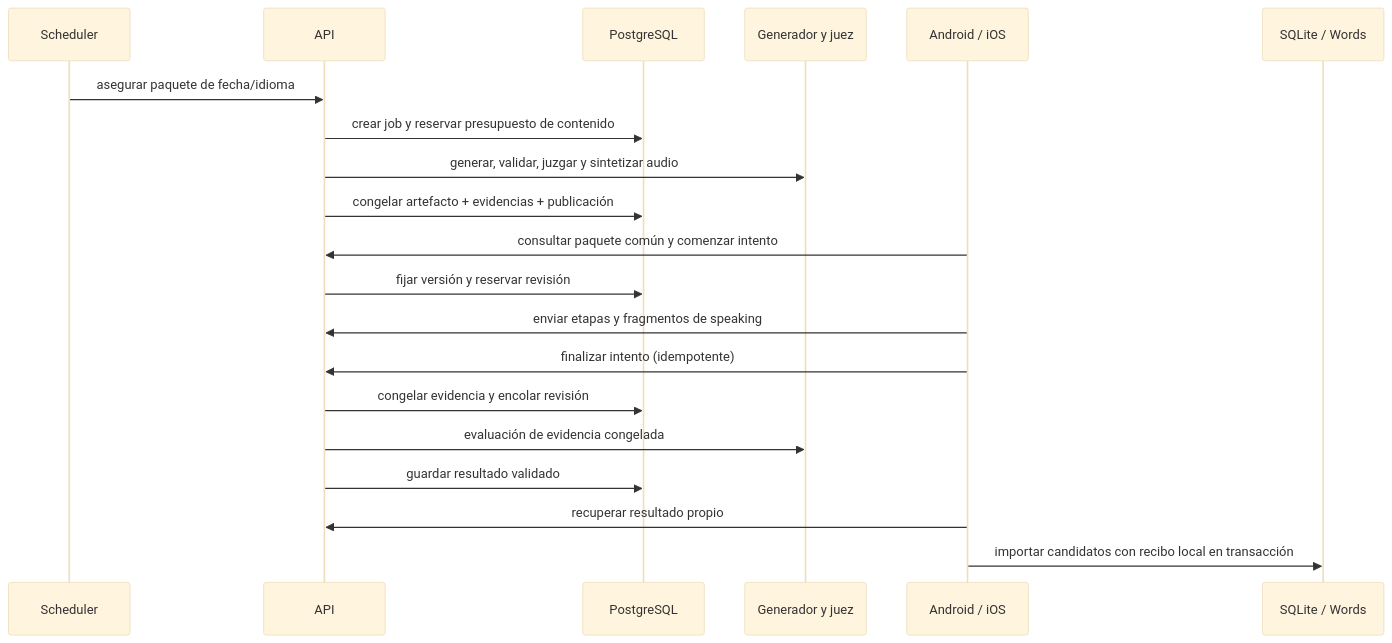
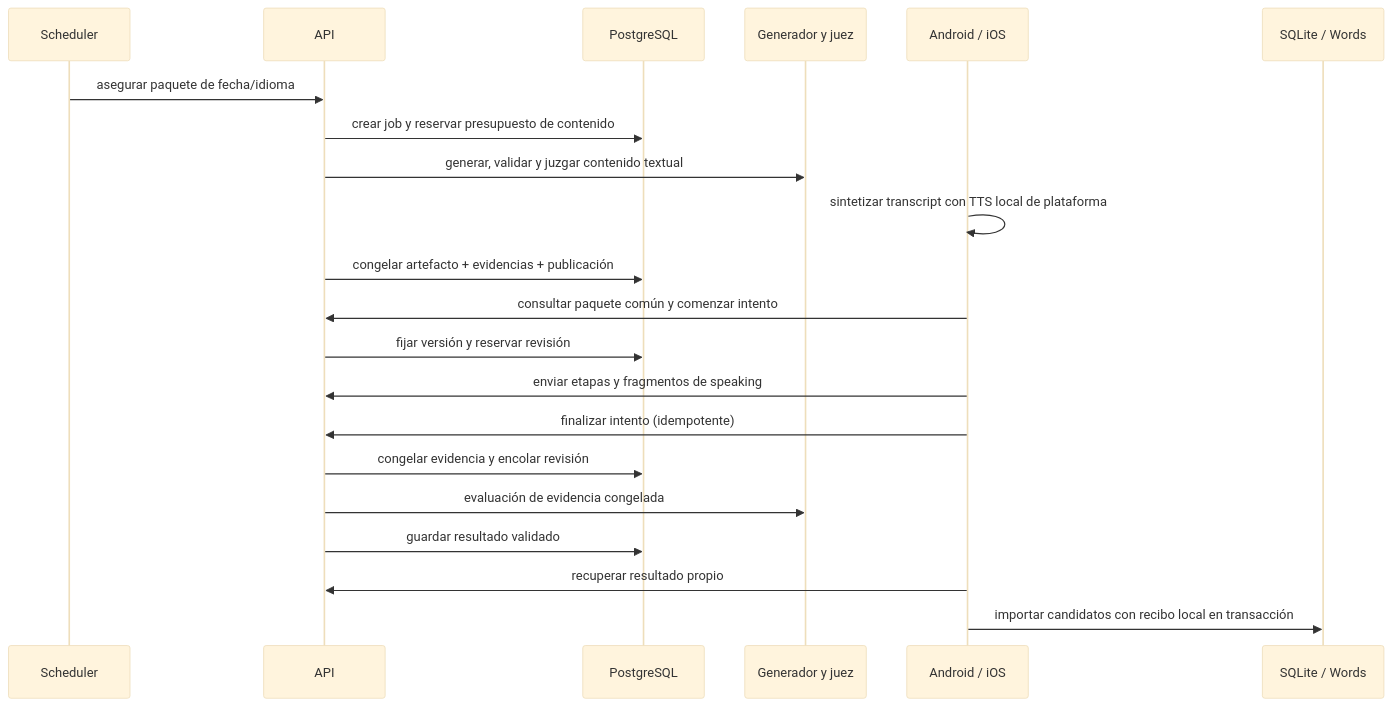
One commit to jkdc/looro changed the diagram in openspec/changes/daily-practice/design.md. Above: the diagram before and after it, drawn with Mermaid (base theme). The commit also changed other lines of this file and 108 other files, not shown here.

````diff
--- a/openspec/changes/daily-practice/design.md
+++ b/openspec/changes/daily-practice/design.md
@@ -10,22 +10,23 @@
 ```mermaid
 sequenceDiagram
     participant Scheduler
     participant API
     participant DB as PostgreSQL
     participant LLM as Generador y juez
     participant App as Android / iOS
     participant Words as SQLite / Words
     Scheduler->>API: asegurar paquete de fecha/idioma
     API->>DB: crear job y reservar presupuesto de contenido
-    API->>LLM: generar, validar, juzgar y sintetizar audio
+    API->>LLM: generar, validar y juzgar contenido textual
+    App->>App: sintetizar transcript con TTS local de plataforma
     API->>DB: congelar artefacto + evidencias + publicación
     App->>API: consultar paquete común y comenzar intento
     API->>DB: fijar versión y reservar revisión
     App->>API: enviar etapas y fragmentos de speaking
     App->>API: finalizar intento (idempotente)
     API->>DB: congelar evidencia y encolar revisión
     API->>LLM: evaluación de evidencia congelada
     API->>DB: guardar resultado validado
     App->>API: recuperar resultado propio
     App->>Words: importar candidatos con recibo local en transacción
 ```
````
